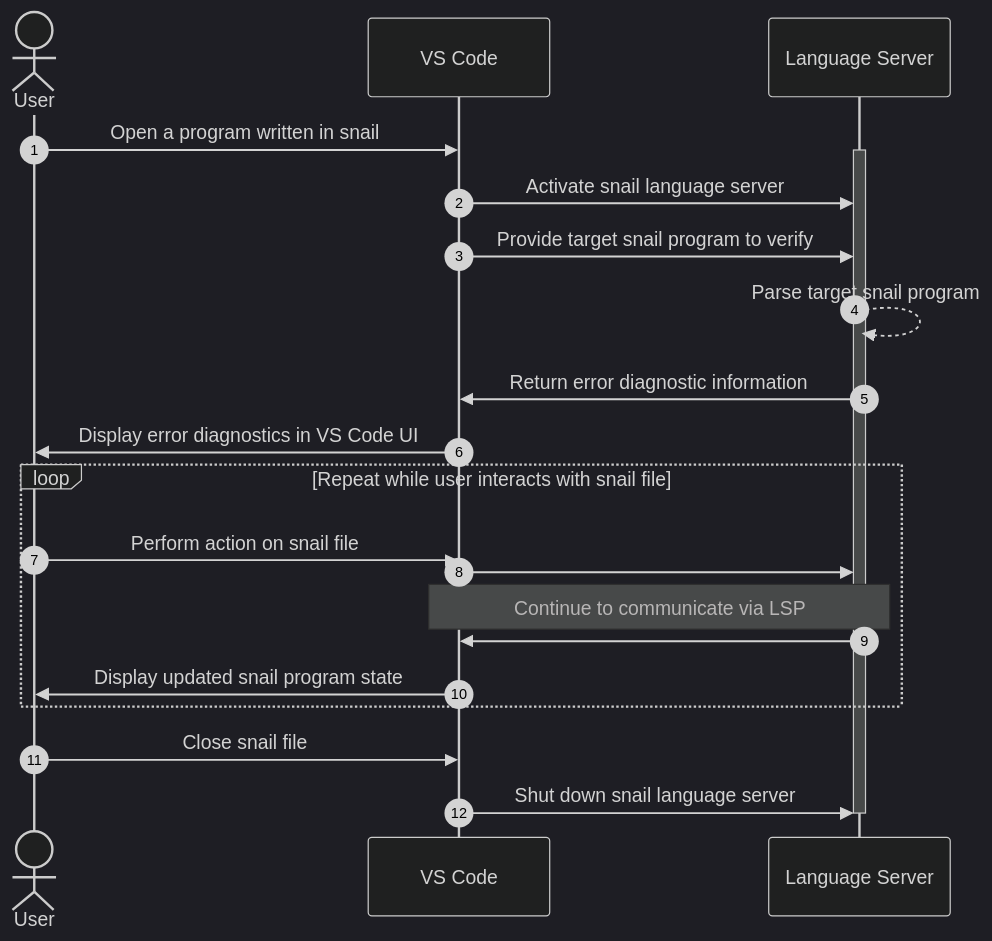
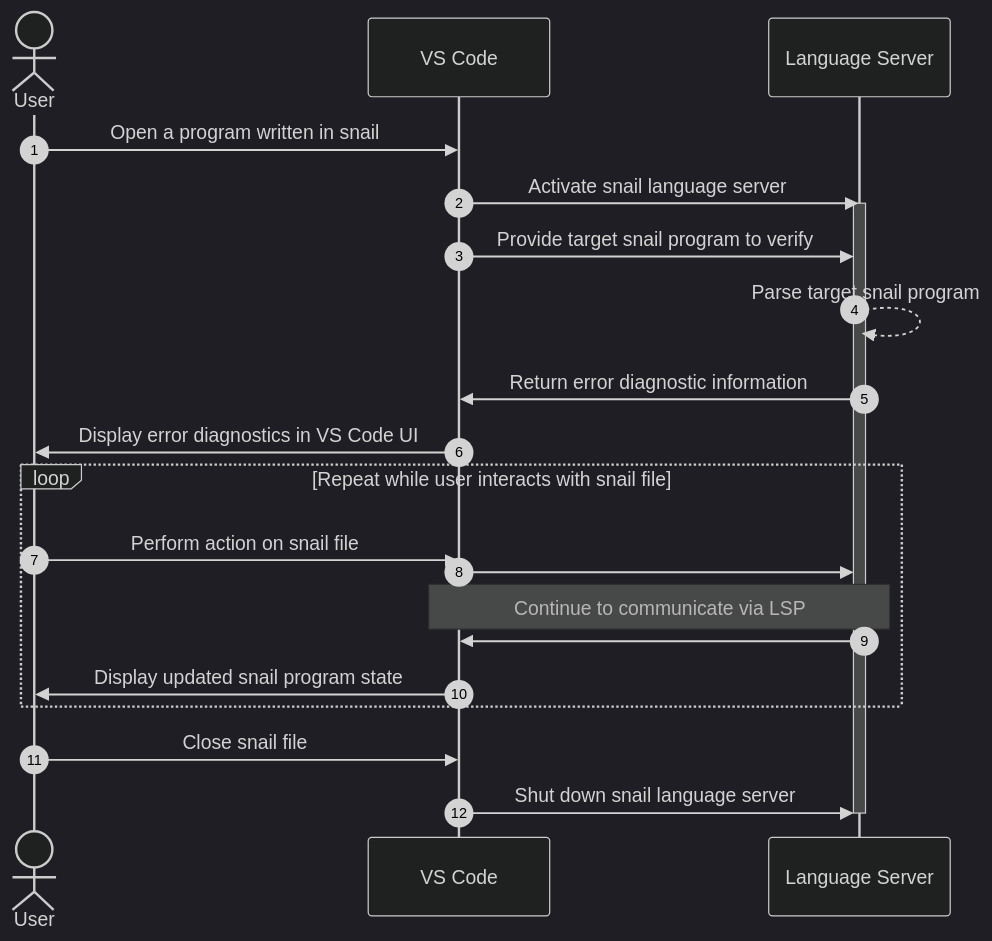
The diagram in images/src/lsp-sequence.md (CharlesReinhardt/snail-language-support-paper), drawn with Mermaid (dark theme) before and after one commit. The commit also changed 3 other files, not shown here.

````diff
--- a/images/src/lsp-sequence.md
+++ b/images/src/lsp-sequence.md
@@ -1,31 +1,32 @@
 ```mermaid
 sequenceDiagram
 
     autonumber
 
     actor U as User
     participant V as VS Code
     participant L as Language Server
 
     U ->> V: Open a program written in snail
+    V ->> L: Activate snail language server
     activate L
-    V ->> L: Activate snail language server
+
 
     V ->> L: Provide target snail program to verify
     L -->> L: Parse target snail program
     L ->> V: Return error diagnostic information
     V ->> U: Display error diagnostics in VS Code UI
     
     loop Repeat while user interacts with snail file
     U ->> V: Perform action on snail file
     V ->> L: 
     Note over L, V: Continue to communicate via LSP
     L ->> V: 
     V ->> U: Display updated snail program state
     end
 
     U ->> V: Close snail file
     V ->> L: Shut down snail language server
 
     deactivate L
 ```
````
